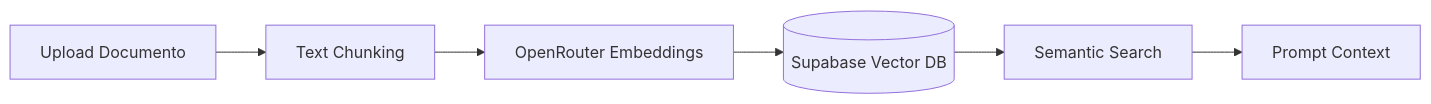
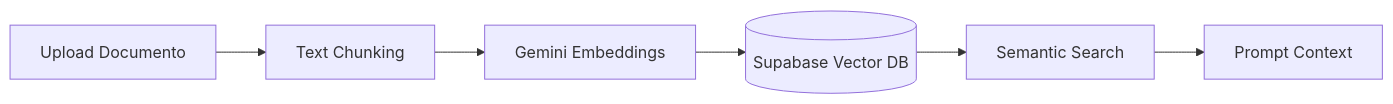
One commit to sportelloscuola20/sportello-scuola-2.0 changed the diagram in obsidian-vault/Sezioni/Sezione Documenti (RAG).md. Above: the diagram before and after it, drawn with Mermaid. The commit also changed other lines of this file and 135 other files, not shown here.

````diff
--- a/obsidian-vault/Sezioni/Sezione Documenti (RAG).md
+++ b/obsidian-vault/Sezioni/Sezione Documenti (RAG).md
@@ -29,8 +29,8 @@
 ```mermaid
 flowchart LR
     A[Upload Documento] --> B[Text Chunking]
-    B --> C[OpenRouter Embeddings]
+    B --> C[Gemini Embeddings]
     C --> D[(Supabase Vector DB)]
     D --> E[Semantic Search]
     E --> F[Prompt Context]
 ```
````
